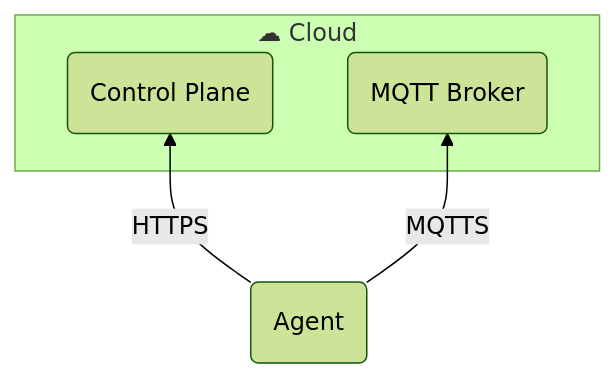
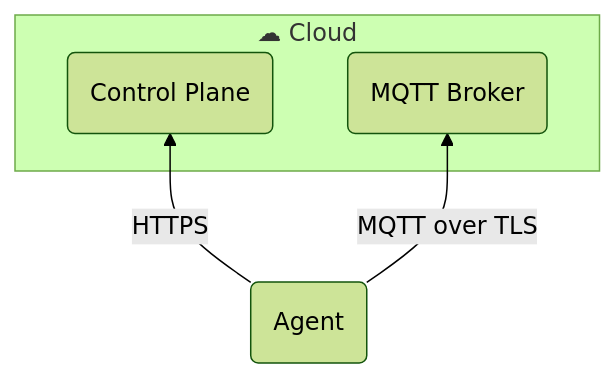
The first of 4 diagrams in docs/developers/agent/architecture.mdx (mirurobotics/docs), drawn with Mermaid (forest theme) before and after one commit. The commit also changed other lines of this file and 9 other files, not shown here.

````diff
--- a/docs/developers/agent/architecture.mdx
+++ b/docs/developers/agent/architecture.mdx
@@ -11,12 +11,12 @@
 ```mermaid
 flowchart BT
     subgraph cloud["☁ Cloud"]
         Backend("Control Plane")
         Broker("MQTT Broker")
     end
 
     Agent("Agent")
 
     Agent -- "HTTPS" --> Backend
-    Agent -- "MQTTS" --> Broker
+    Agent -- "MQTT over TLS" --> Broker
 ```
````
